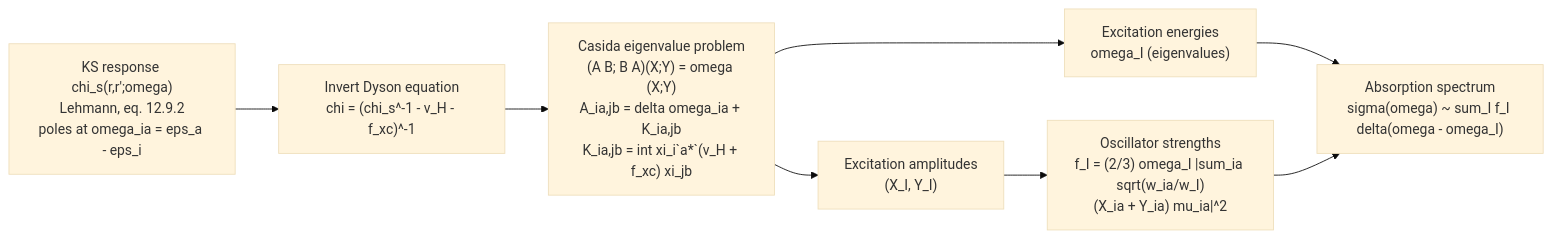
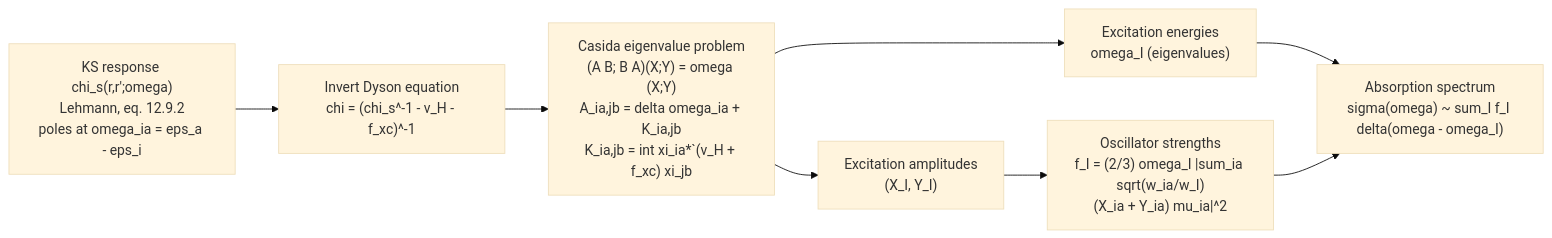
One commit to Shuvam-Banerji-Seal/DFT-notes changed the fifth of 6 diagrams in dft_notes/chapter_12/00-tddft.md. Above: the diagram before and after it, drawn with Mermaid (base theme). The commit also changed other lines of this file and 32 other files, not shown here.

````diff
--- a/dft_notes/chapter_12/00-tddft.md
+++ b/dft_notes/chapter_12/00-tddft.md
@@ -2850,18 +2850,18 @@
 ```mermaid
 %%{init: {'flowchart': {'htmlLabels': true, 'curve': 'basis'}}}%%
 graph LR
   CHI_S["KS response chi_s(r,r';omega)<br/>Lehmann, eq. 12.9.2<br/>poles at omega_ia = eps_a - eps_i"]
   CHI_S --> SOLVE
   SOLVE["Invert Dyson equation<br/>chi = (chi_s^-1 - v_H - f_xc)^-1"]
   SOLVE --> EIG
-  EIG["Casida eigenvalue problem<br/>(A B; B A)(X;Y) = omega (X;Y)<br/>A_ia,jb = delta omega_ia + K_ia,jb<br/>K_ia,jb = int xi_i`a*`(v_H + f_xc) xi_jb"]
+  EIG["Casida eigenvalue problem<br/>(A B; B A)(X;Y) = omega (X;Y)<br/>A_ia,jb = delta omega_ia + K_ia,jb<br/>K_ia,jb = int xi_ia*`(v_H + f_xc) xi_jb"]
   EIG --> OMEGA["Excitation energies<br/>omega_I (eigenvalues)"]
   EIG --> XY["Excitation amplitudes<br/>(X_I, Y_I)"]
   XY --> FOSC["Oscillator strengths<br/>f_I = (2/3) omega_I |sum_ia sqrt(w_ia/w_I)<br/>(X_ia + Y_ia) mu_ia|^2"]
   OMEGA --> SPEC["Absorption spectrum<br/>sigma(omega) ~ sum_I f_I delta(omega - omega_I)"]
   FOSC --> SPEC
 
   classDef inp fill:#eef0e6,stroke:#3a4031,color:#1c1f17;
   classDef out fill:#cc785c,stroke:#1c1f17,color:#ffffff;
   classDef step fill:#d6dcc8,stroke:#3a4031,color:#1c1f17;
 ```
````
